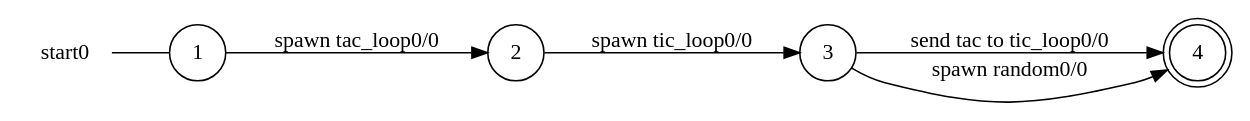
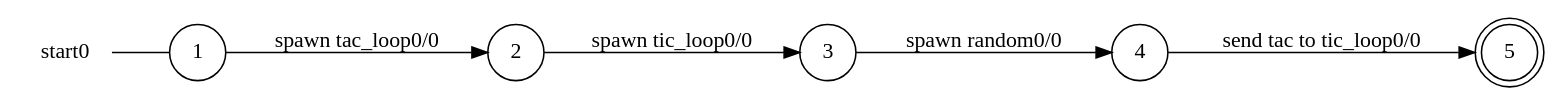
Before and after one commit to gabrielegenovese/chorer: the diagram in examples/ticktackstop/start0_local_view.dot, drawn with Graphviz. The commit also changed 63 other files, not shown here.

```diff
--- a/examples/ticktackstop/start0_local_view.dot
+++ b/examples/ticktackstop/start0_local_view.dot
@@ -1,14 +1,15 @@
 digraph start0 {
 	rankdir="LR";
 	n_0 [label="start0", shape="plaintext"];
-	n_1 [id="5", shape=circle, label="2"];
+	n_1 [id="5", shape=circle, label="3"];
 	n_2 [id="1", shape=circle, label="1"];
 	n_0 -> n_2 [arrowhead=none];
-	n_3 [id="2", shape=circle, label="3"];
-	n_4 [id="3", shape=doublecircle, label="4"];
+	n_3 [id="2", shape=circle, label="4"];
+	n_4 [id="4", shape=doublecircle, label="5"];
+	n_5 [id="3", shape=circle, label="2"];
 
-	n_3 -> n_4 [id="[$e|1]", label="send tac to tic_loop0/0"];
-	n_3 -> n_4 [id="[$e|4]", label="spawn random0/0"];
-	n_2 -> n_1 [id="[$e|2]", label="spawn tac_loop0/0"];
-	n_1 -> n_3 [id="[$e|0]", label="spawn tic_loop0/0"];
+	n_3 -> n_4 [id="[$e|3]", label="send tac to tic_loop0/0"];
+	n_1 -> n_3 [id="[$e|1]", label="spawn random0/0"];
+	n_2 -> n_5 [id="[$e|2]", label="spawn tac_loop0/0"];
+	n_5 -> n_1 [id="[$e|0]", label="spawn tic_loop0/0"];
 }
```
